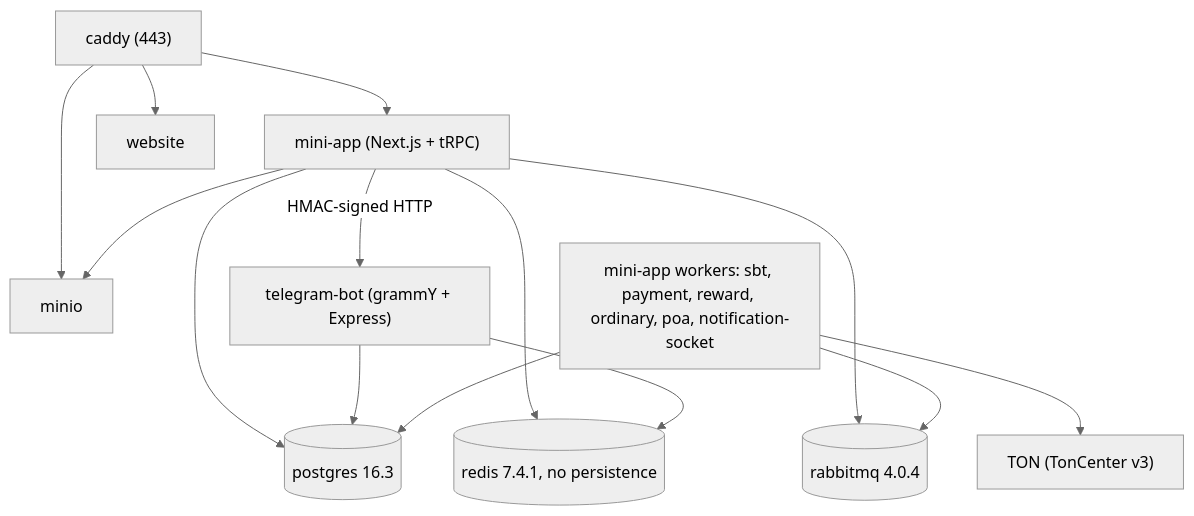
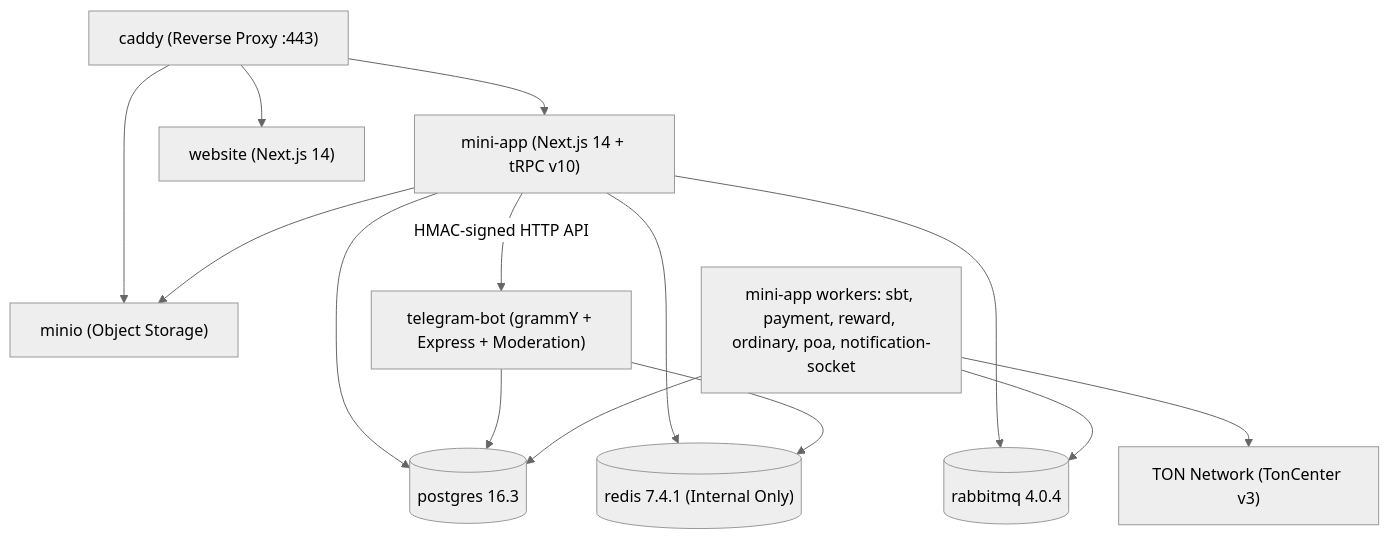
Before and after one commit to ExecutESG/onton: the first of 2 diagrams in knowledge_base/as_is_technical_blueprint.md, drawn with Mermaid (neutral theme). The commit also changed other lines of this file and 3 other files, not shown here.

````diff
--- a/knowledge_base/as_is_technical_blueprint.md
+++ b/knowledge_base/as_is_technical_blueprint.md
@@ -24,16 +30,19 @@
 ```mermaid
 flowchart TD
-    Caddy["caddy (443)"] --> MiniApp["mini-app (Next.js + tRPC)"]
-    Caddy --> Website["website"]
-    Caddy --> MinIO["minio"]
+    Caddy["caddy (Reverse Proxy :443)"] --> MiniApp["mini-app (Next.js 14 + tRPC v10)"]
+    Caddy --> Website["website (Next.js 14)"]
+    Caddy --> MinIO["minio (Object Storage)"]
+    
     MiniApp --> PG[("postgres 16.3")]
-    MiniApp --> Redis[("redis 7.4.1, no persistence")]
+    MiniApp --> Redis[("redis 7.4.1 (Internal Only)")]
     MiniApp --> MinIO
     MiniApp --> Rabbit[("rabbitmq 4.0.4")]
-    MiniApp -->|"HMAC-signed HTTP"| Bot["telegram-bot (grammY + Express)"]
+    
+    MiniApp -->|"HMAC-signed HTTP API"| Bot["telegram-bot (grammY + Express + Moderation)"]
     Bot --> PG
     Bot --> Redis
+    
     Workers["mini-app workers: sbt, payment, reward, ordinary, poa, notification-socket"] --> PG
     Workers --> Rabbit
-    Workers --> TON["TON (TonCenter v3)"]
+    Workers --> TON["TON Network (TonCenter v3)"]
 ```
````
